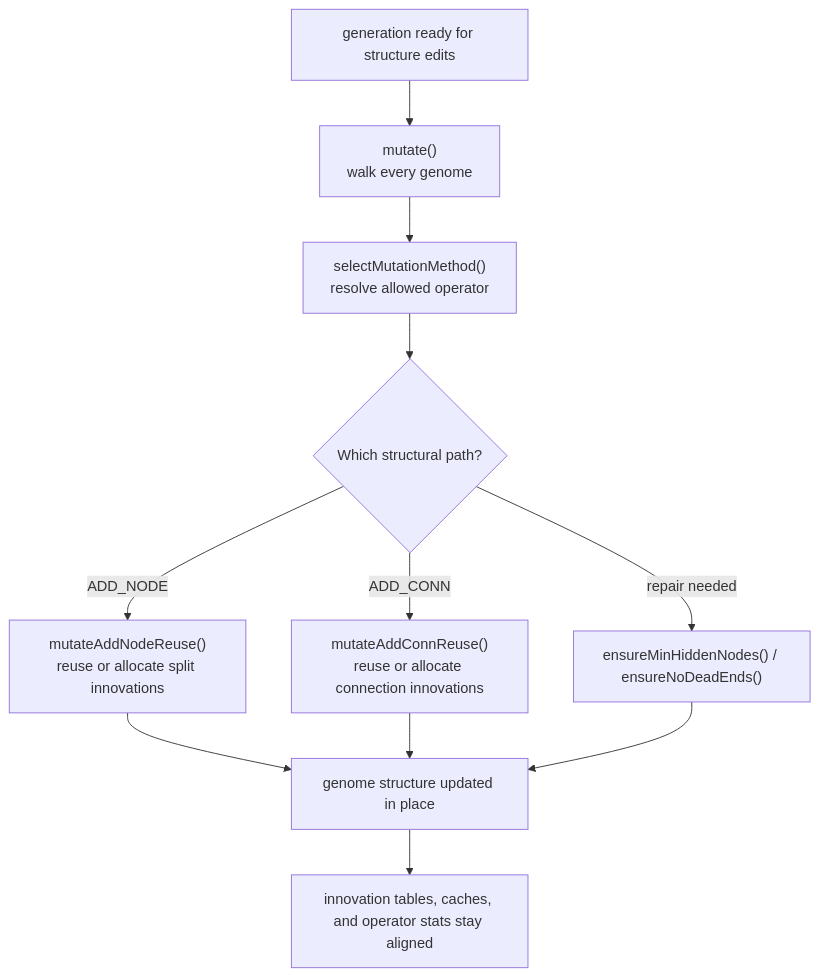
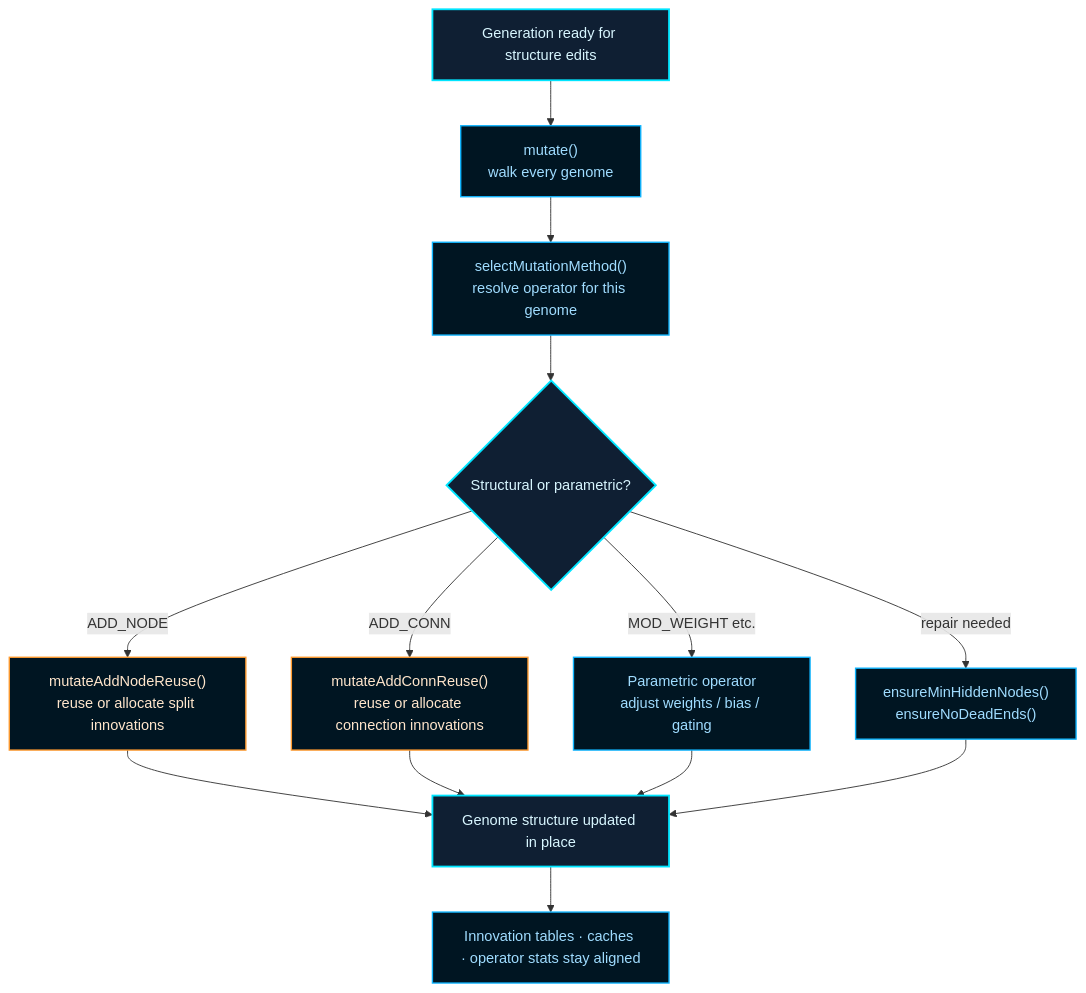
One commit to reicek/NeatapticTS changed the diagram in src/neat/mutation/README.md. Above: the diagram before and after it, drawn with Mermaid. The commit also changed other lines of this file and 877 other files, not shown here.

Commit message:
NEAT & Preconfigured Architectures MLP LSTM GRU NARX (#39)

````diff
--- a/src/neat/mutation/README.md
+++ b/src/neat/mutation/README.md
@@ -42,13 +62,19 @@
 ```mermaid
 flowchart TD
-  Start["generation ready for structure edits"] --> Mutate["mutate()\nwalk every genome"]
-  Mutate --> Select["selectMutationMethod()\nresolve allowed operator"]
-  Select --> Operator{"Which structural path?"}
-  Operator -->|ADD_NODE| AddNode["mutateAddNodeReuse()\nreuse or allocate split innovations"]
-  Operator -->|ADD_CONN| AddConn["mutateAddConnReuse()\nreuse or allocate connection innovations"]
-  Operator -->|repair needed| Repair["ensureMinHiddenNodes() / ensureNoDeadEnds()"]
-  AddNode --> Population["genome structure updated in place"]
+  classDef base fill:#001522,stroke:#0fb5ff,color:#9fdcff,stroke-width:1.5px;
+  classDef accent fill:#0f1f33,stroke:#00e5ff,color:#d8f6ff,stroke-width:2px;
+  classDef op fill:#001522,stroke:#ff9a2e,color:#ffe6cc,stroke-width:1.5px;
+
+  Start["Generation ready for structure edits"]:::accent --> Mutate["mutate()\nwalk every genome"]:::base
+  Mutate --> Select["selectMutationMethod()\nresolve operator for this genome"]:::base
+  Select --> Operator{"Structural or parametric?"}:::accent
+  Operator -->|"ADD_NODE"| AddNode["mutateAddNodeReuse()\nreuse or allocate split innovations"]:::op
+  Operator -->|"ADD_CONN"| AddConn["mutateAddConnReuse()\nreuse or allocate connection innovations"]:::op
+  Operator -->|"MOD_WEIGHT etc."| Param["Parametric operator\nadjust weights / bias / gating"]:::base
+  Operator -->|"repair needed"| Repair["ensureMinHiddenNodes()\nensureNoDeadEnds()"]:::base
+  AddNode --> Population["Genome structure updated in place"]:::accent
   AddConn --> Population
+  Param --> Population
   Repair --> Population
-  Population --> Bookkeeping["innovation tables, caches, and operator stats stay aligned"]
+  Population --> Bookkeeping["Innovation tables · caches · operator stats stay aligned"]:::base
 ```
````
